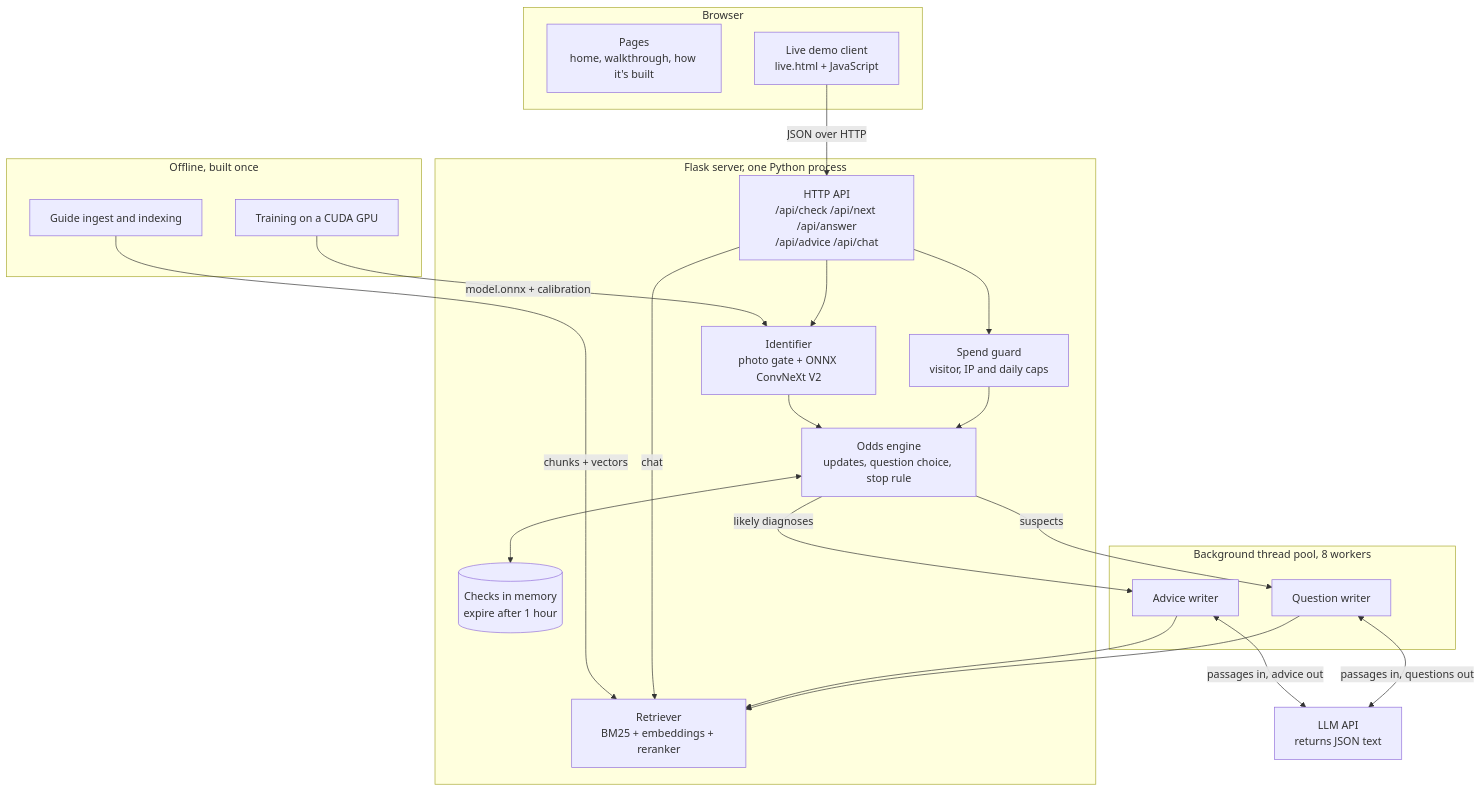
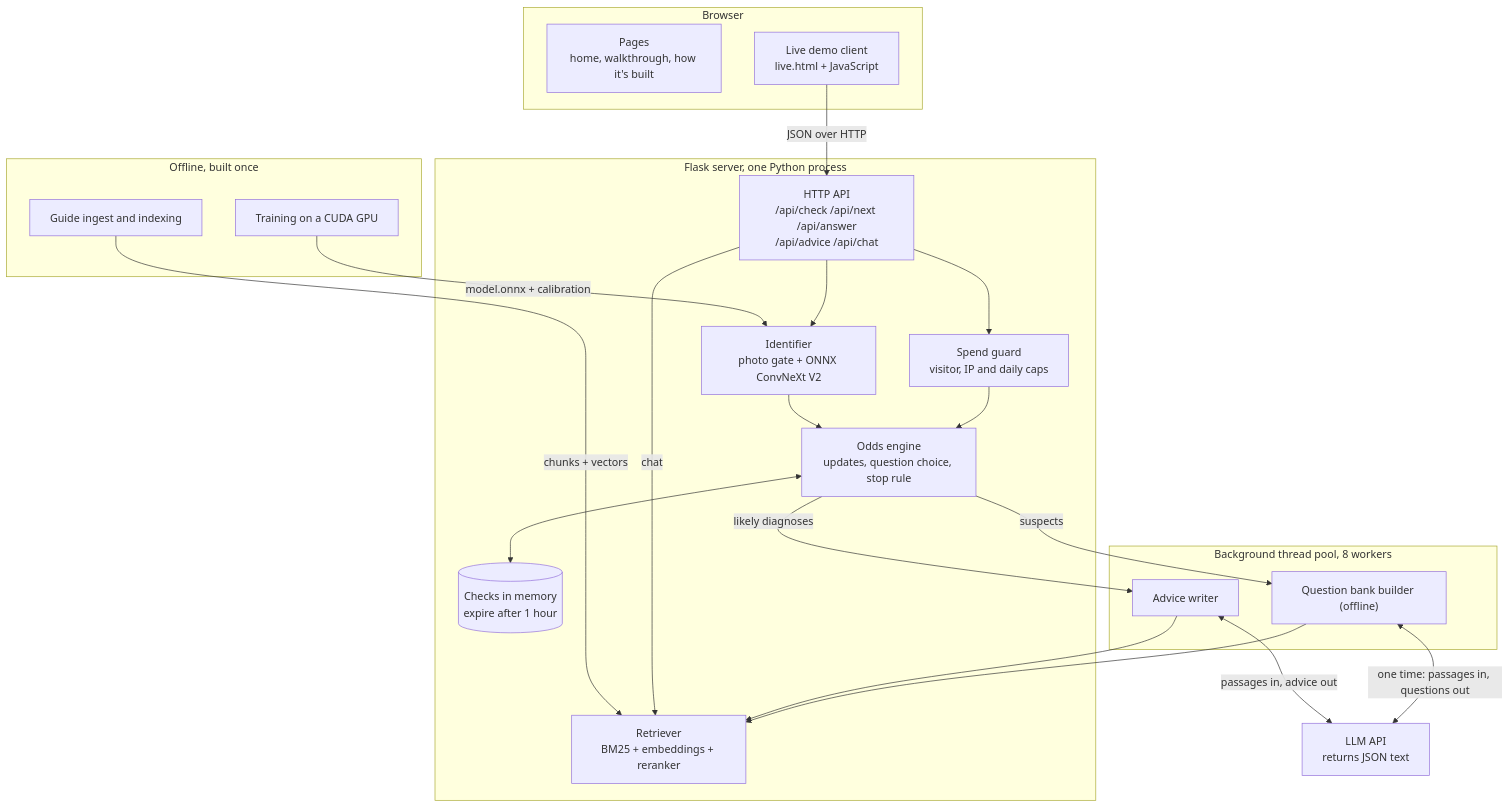
The first of 3 diagrams in docs/architecture/system.md (aakashksen/sprout), drawn with Mermaid before and after one commit. The commit also changed other lines of this file and 10 other files, not shown here.

Commit message:
Describe the follow-up question engine (E18) in the README, site and architecture pages; fix test count and split wording

````diff
--- a/docs/architecture/system.md
+++ b/docs/architecture/system.md
@@ -9,42 +9,42 @@
 ```mermaid
 flowchart TB
     subgraph Browser ["Browser"]
         P["Pages<br/>home, walkthrough, how it's built"]
         LD["Live demo client<br/>live.html + JavaScript"]
     end
 
     subgraph Server ["Flask server, one Python process"]
         API["HTTP API<br/>/api/check /api/next /api/answer<br/>/api/advice /api/chat"]
         GUARD["Spend guard<br/>visitor, IP and daily caps"]
         ID["Identifier<br/>photo gate + ONNX ConvNeXt V2"]
         ENG["Odds engine<br/>updates, question choice, stop rule"]
         RET["Retriever<br/>BM25 + embeddings + reranker"]
         STORE[("Checks in memory<br/>expire after 1 hour")]
     end
 
     subgraph Workers ["Background thread pool, 8 workers"]
-        QW["Question writer"]
+        QW["Question bank builder (offline)"]
         AW["Advice writer"]
     end
 
     LLM["LLM API<br/>returns JSON text"]
 
     subgraph Offline ["Offline, built once"]
         TR["Training on a CUDA GPU"]
         IX["Guide ingest and indexing"]
     end
 
     LD -->|JSON over HTTP| API
     API --> GUARD --> ENG
     API --> ID --> ENG
     ENG <--> STORE
     ENG -->|suspects| QW
     ENG -->|likely diagnoses| AW
     QW --> RET
     AW --> RET
-    QW <-->|passages in, questions out| LLM
+    QW <-->|one time: passages in, questions out| LLM
     AW <-->|passages in, advice out| LLM
     API -->|chat| RET
     TR -->|model.onnx + calibration| ID
     IX -->|chunks + vectors| RET
 ```
````
